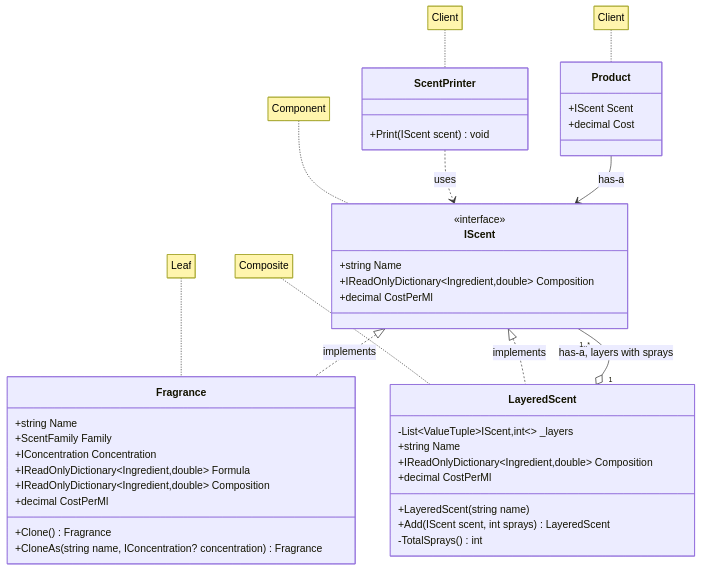
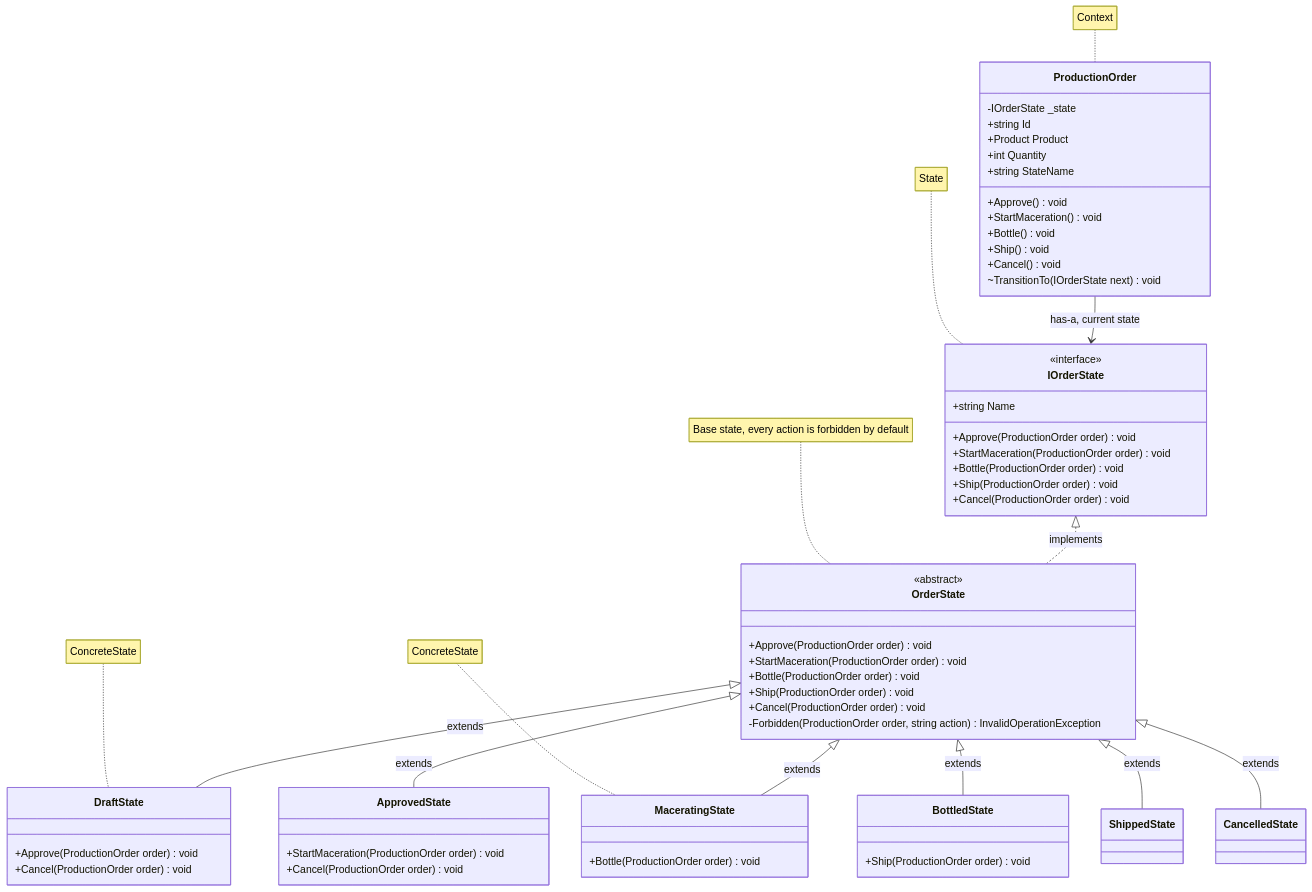
The first of 5 diagrams in REPORT.md (m0sji/TMPS_26), drawn with Mermaid before and after one commit. The commit also changed other lines of this file and 1 other file, not shown here.

````diff
--- a/REPORT.md
+++ b/REPORT.md
@@ -104,53 +109,70 @@
 ```mermaid
 classDiagram
     direction TB
 
-    class IScent {
+    class ProductionOrder {
+        -IOrderState _state
+        +string Id
+        +Product Product
+        +int Quantity
+        +string StateName
+        +Approve() void
+        +StartMaceration() void
+        +Bottle() void
+        +Ship() void
+        +Cancel() void
+        ~TransitionTo(IOrderState next) void
+    }
+
+    class IOrderState {
         <<interface>>
         +string Name
-        +IReadOnlyDictionary~Ingredient,double~ Composition
-        +decimal CostPerMl
+        +Approve(ProductionOrder order) void
+        +StartMaceration(ProductionOrder order) void
+        +Bottle(ProductionOrder order) void
+        +Ship(ProductionOrder order) void
+        +Cancel(ProductionOrder order) void
     }
 
-    class Fragrance {
-        +string Name
-        +ScentFamily Family
-        +IConcentration Concentration
-        +IReadOnlyDictionary~Ingredient,double~ Formula
-        +IReadOnlyDictionary~Ingredient,double~ Composition
-        +decimal CostPerMl
-        +Clone() Fragrance
-        +CloneAs(string name, IConcentration? concentration) Fragrance
+    class OrderState {
+        <<abstract>>
+        +Approve(ProductionOrder order) void
+        +StartMaceration(ProductionOrder order) void
+        +Bottle(ProductionOrder order) void
+        +Ship(ProductionOrder order) void
+        +Cancel(ProductionOrder order) void
+        -Forbidden(ProductionOrder order, string action) InvalidOperationException
     }
 
-    class LayeredScent {
-        -List~ValueTuple~IScent,int~~ _layers
-        +string Name
-        +LayeredScent(string name)
-        +Add(IScent scent, int sprays) LayeredScent
-        +IReadOnlyDictionary~Ingredient,double~ Composition
-        +decimal CostPerMl
-        -TotalSprays() int
+    class DraftState {
+        +Approve(ProductionOrder order) void
+        +Cancel(ProductionOrder order) void
     }
+    class ApprovedState {
+        +StartMaceration(ProductionOrder order) void
+        +Cancel(ProductionOrder order) void
+    }
+    class MaceratingState {
+        +Bottle(ProductionOrder order) void
+    }
+    class BottledState {
+        +Ship(ProductionOrder order) void
+    }
+    class ShippedState
+    class CancelledState
 
-    class ScentPrinter {
-        +Print(IScent scent) void
-    }
+    ProductionOrder --> IOrderState : has-a, current state
+    IOrderState <|.. OrderState : implements
+    OrderState <|-- DraftState : extends
+    OrderState <|-- ApprovedState : extends
+    OrderState <|-- MaceratingState : extends
+    OrderState <|-- BottledState : extends
+    OrderState <|-- ShippedState : extends
+    OrderState <|-- CancelledState : extends
 
-    class Product {
-        +IScent Scent
-        +decimal Cost
-    }
-
-    IScent <|.. Fragrance : implements
-    IScent <|.. LayeredScent : implements
-    LayeredScent "1" o-- "1..*" IScent : has-a, layers with sprays
-    ScentPrinter ..> IScent : uses
-    Product --> IScent : has-a
-
-    note for IScent "Component"
-    note for Fragrance "Leaf"
-    note for LayeredScent "Composite"
-    note for ScentPrinter "Client"
-    note for Product "Client"
+    note for ProductionOrder "Context"
+    note for IOrderState "State"
+    note for OrderState "Base state, every action is forbidden by default"
+    note for DraftState "ConcreteState"
+    note for MaceratingState "ConcreteState"
 ```
````
